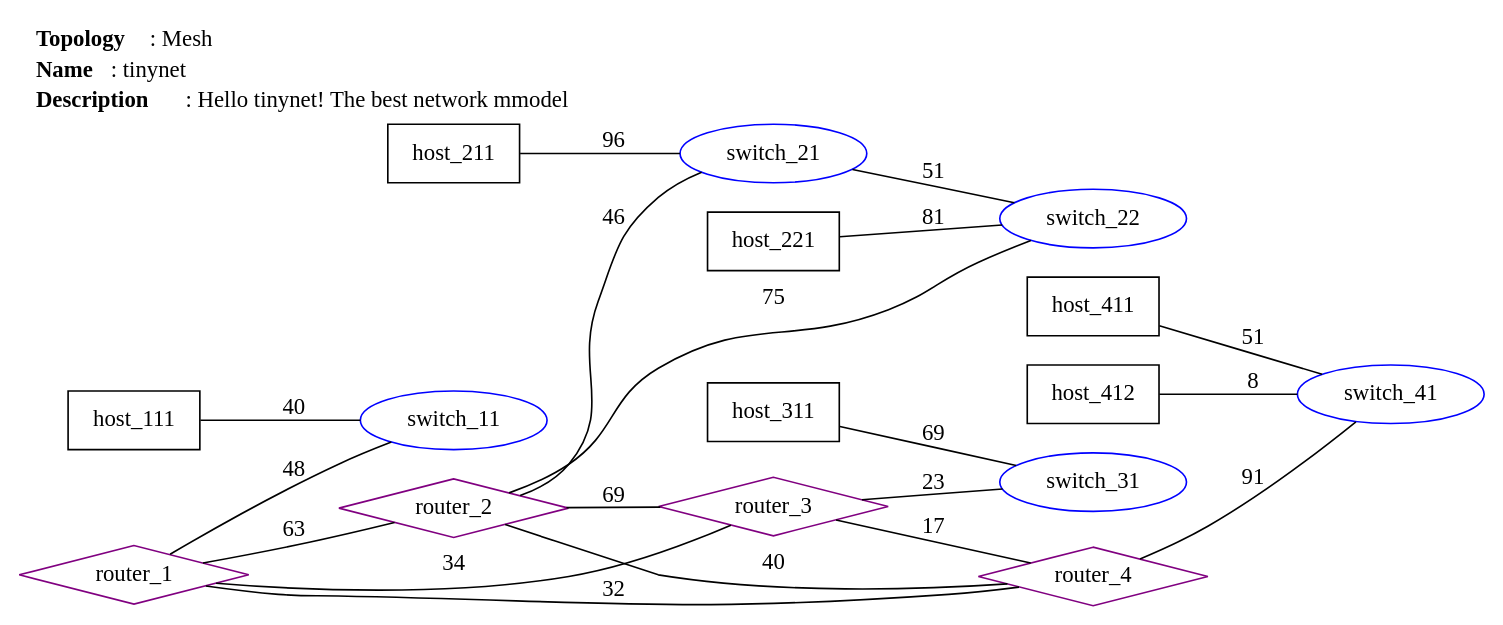
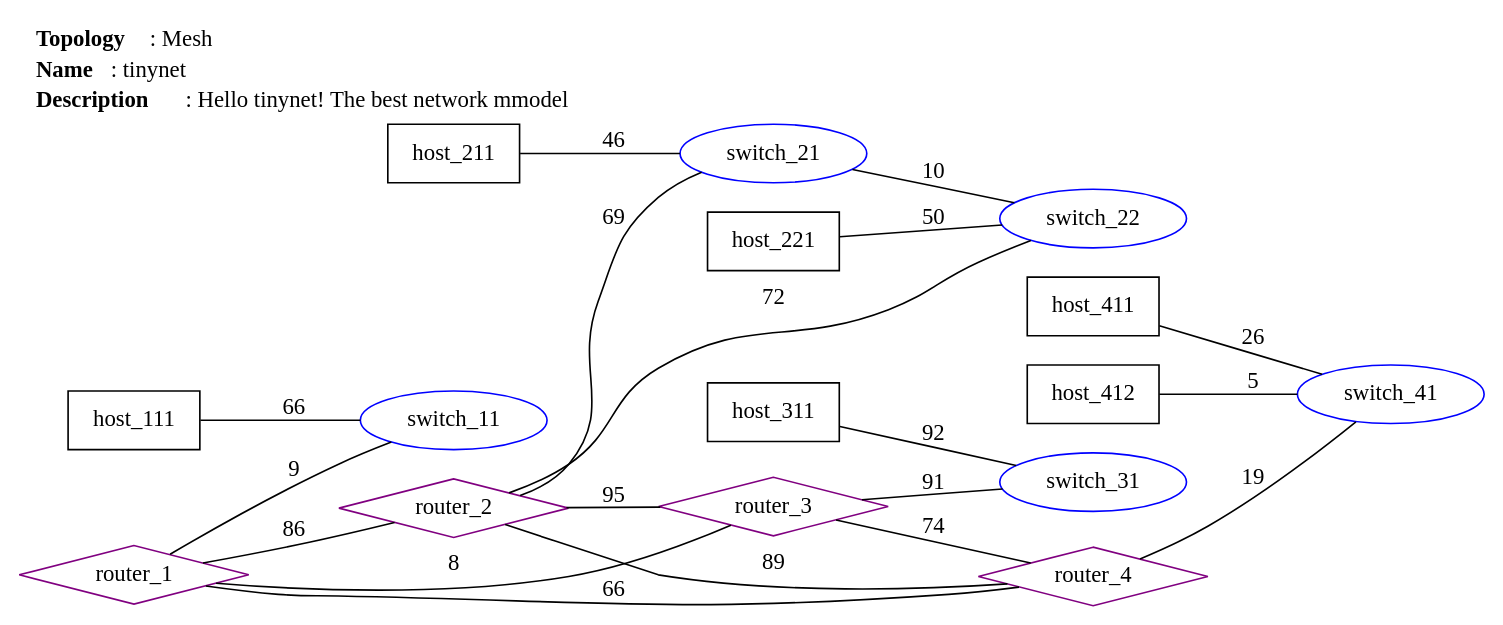
The diagram in conf/data/net.dot (zpnst/tinynet), drawn with Graphviz before and after one commit. The commit also changed 5 other files, not shown here.

```diff
--- a/conf/data/net.dot
+++ b/conf/data/net.dot
@@ -1,45 +1,45 @@
 graph tinynet {
     rankdir=LR;
     labelloc=top;
     labeljust=left;
     label=<
     <TABLE BORDER="0" CELLBORDER="0" CELLSPACING="0">
         <TR><TD ALIGN="LEFT"><B>Topology</B>: Mesh</TD></TR>
         <TR><TD ALIGN="LEFT"><B>Name</B>: tinynet</TD></TR>
         <TR><TD ALIGN="LEFT"><B>Description</B>: Hello tinynet! The best network mmodel</TD></TR>
     </TABLE>
     >;
     "router_1" [shape=diamond, color=purple, label="router_1"];
     "router_2" [shape=diamond, color=purple, label="router_2"];
     "router_3" [shape=diamond, color=purple, label="router_3"];
     "router_4" [shape=diamond, color=purple, label="router_4"];
     "switch_11" [shape=ellipse, color=blue, label="switch_11"];
     "switch_21" [shape=ellipse, color=blue, label="switch_21"];
     "switch_22" [shape=ellipse, color=blue, label="switch_22"];
     "switch_31" [shape=ellipse, color=blue, label="switch_31"];
     "switch_41" [shape=ellipse, color=blue, label="switch_41"];
     "host_111" [shape=box, color=black, label="host_111"];
     "host_211" [shape=box, color=black, label="host_211"];
     "host_221" [shape=box, color=black, label="host_221"];
     "host_311" [shape=box, color=black, label="host_311"];
     "host_411" [shape=box, color=black, label="host_411"];
     "host_412" [shape=box, color=black, label="host_412"];
-    "router_1" -- "router_2" [label="63"];
-    "router_1" -- "router_3" [label="34"];
-    "router_1" -- "router_4" [label="32"];
-    "router_1" -- "switch_11" [label="48"];
-    "router_2" -- "router_3" [label="69"];
-    "router_2" -- "router_4" [label="40"];
-    "router_2" -- "switch_21" [label="46"];
-    "router_2" -- "switch_22" [label="75"];
-    "router_3" -- "router_4" [label="17"];
-    "router_3" -- "switch_31" [label="23"];
-    "router_4" -- "switch_41" [label="91"];
-    "switch_21" -- "switch_22" [label="51"];
-    "host_111" -- "switch_11" [label="40"];
-    "host_211" -- "switch_21" [label="96"];
-    "host_221" -- "switch_22" [label="81"];
-    "host_311" -- "switch_31" [label="69"];
-    "host_411" -- "switch_41" [label="51"];
-    "host_412" -- "switch_41" [label="8"];
+    "router_1" -- "router_2" [label="86"];
+    "router_1" -- "router_3" [label="8"];
+    "router_1" -- "router_4" [label="66"];
+    "router_1" -- "switch_11" [label="9"];
+    "router_2" -- "router_3" [label="95"];
+    "router_2" -- "router_4" [label="89"];
+    "router_2" -- "switch_21" [label="69"];
+    "router_2" -- "switch_22" [label="72"];
+    "router_3" -- "router_4" [label="74"];
+    "router_3" -- "switch_31" [label="91"];
+    "router_4" -- "switch_41" [label="19"];
+    "switch_21" -- "switch_22" [label="10"];
+    "host_111" -- "switch_11" [label="66"];
+    "host_211" -- "switch_21" [label="46"];
+    "host_221" -- "switch_22" [label="50"];
+    "host_311" -- "switch_31" [label="92"];
+    "host_411" -- "switch_41" [label="26"];
+    "host_412" -- "switch_41" [label="5"];
 }
```
